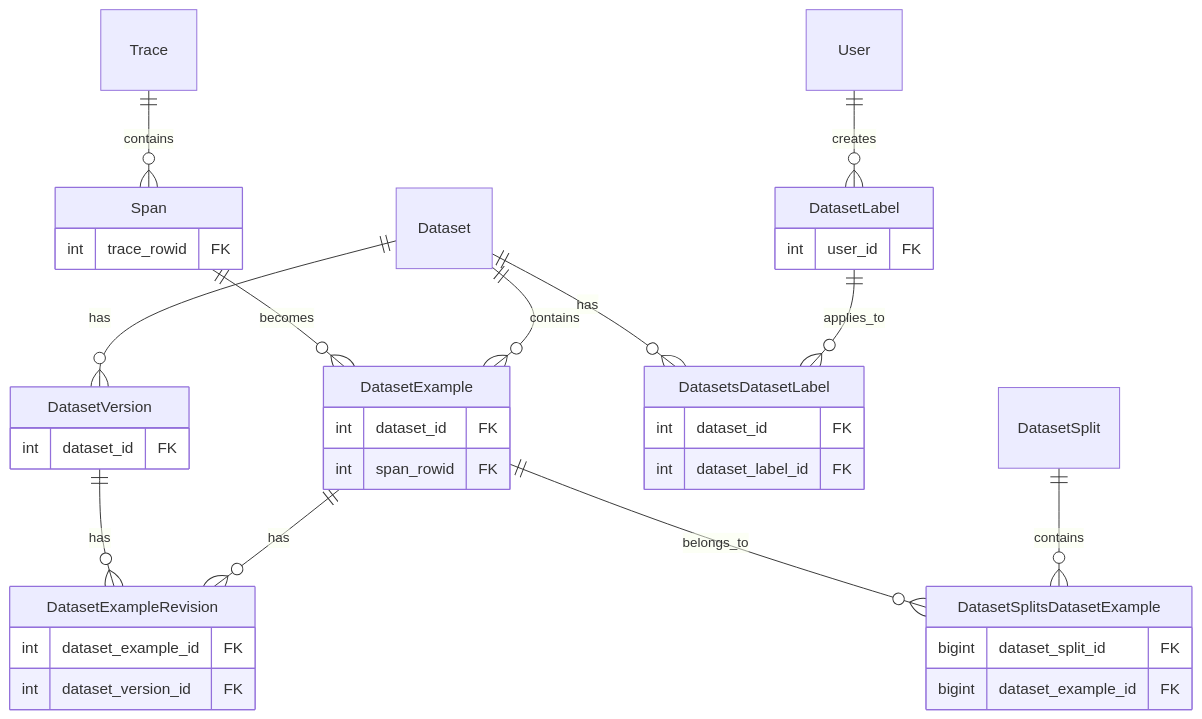
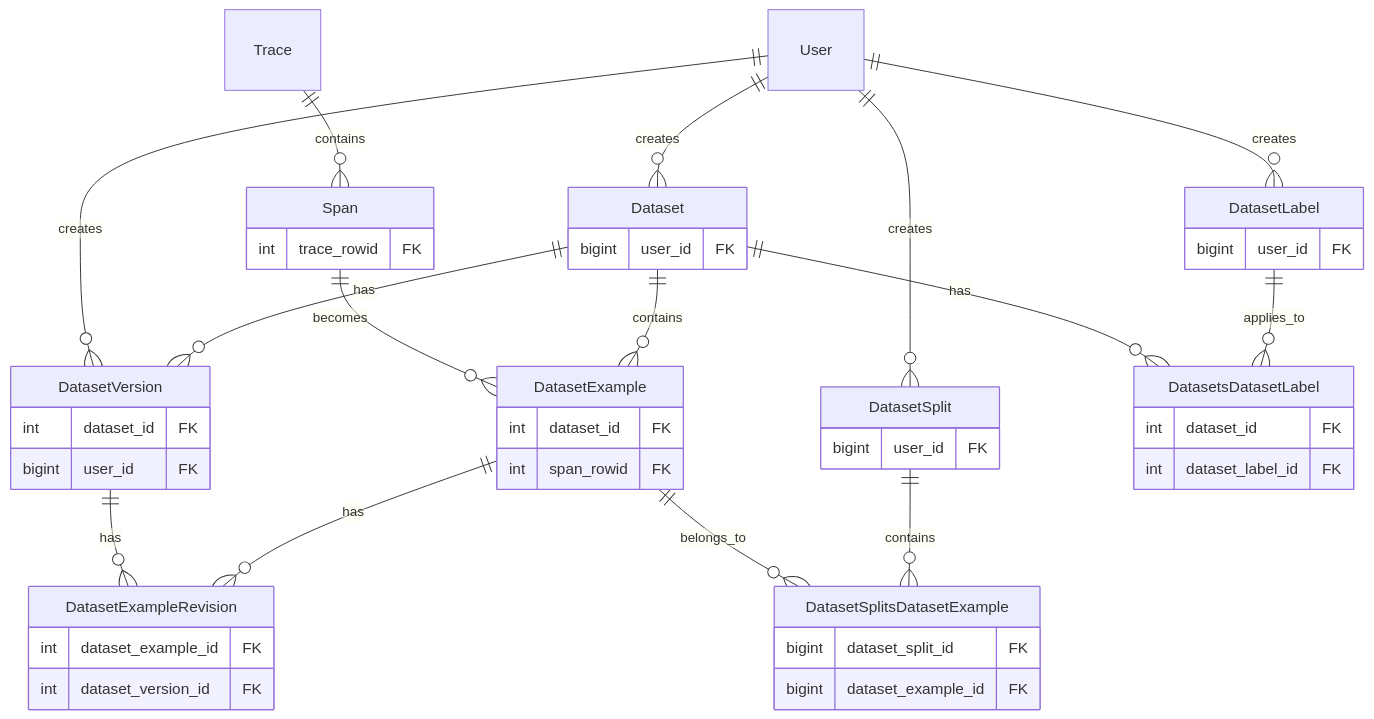
Before and after one commit to Arize-ai/phoenix: the third of 9 diagrams in src/phoenix/db/README.md, drawn with Mermaid. The commit also changed other lines of this file, not shown here.

Commit message:
update ERD

````diff
--- a/src/phoenix/db/README.md
+++ b/src/phoenix/db/README.md
@@ -570,57 +575,63 @@
 ```mermaid
 erDiagram
     User ||--o{ DatasetLabel : creates
+    User ||--o{ Dataset : creates
+    User ||--o{ DatasetSplit : creates
+    User ||--o{ DatasetVersion : creates
     User {
     }
 
     Trace ||--o{ Span : contains
     Trace {
     }
 
     Span ||--o{ DatasetExample : becomes
     Span {
         int trace_rowid FK
     }
 
     Dataset ||--o{ DatasetVersion : has
     Dataset ||--o{ DatasetExample : contains
     Dataset ||--o{ DatasetsDatasetLabel : has
     Dataset {
+        bigint user_id FK
     }
 
     DatasetVersion ||--o{ DatasetExampleRevision : has
     DatasetVersion {
         int dataset_id FK
+        bigint user_id FK
     }
 
     DatasetExample ||--o{ DatasetExampleRevision : has
     DatasetExample ||--o{ DatasetSplitsDatasetExample : belongs_to
     DatasetExample {
         int dataset_id FK
         int span_rowid FK
     }
 
     DatasetExampleRevision {
         int dataset_example_id FK
         int dataset_version_id FK
     }
 
     DatasetSplit ||--o{ DatasetSplitsDatasetExample : contains
     DatasetSplit {
+        bigint user_id FK
     }
 
     DatasetSplitsDatasetExample {
         bigint dataset_split_id FK
         bigint dataset_example_id FK
     }
 
     DatasetLabel ||--o{ DatasetsDatasetLabel : applies_to
     DatasetLabel {
-        int user_id FK
+        bigint user_id FK
     }
 
     DatasetsDatasetLabel {
         int dataset_id FK
         int dataset_label_id FK
     }
 ```
````
